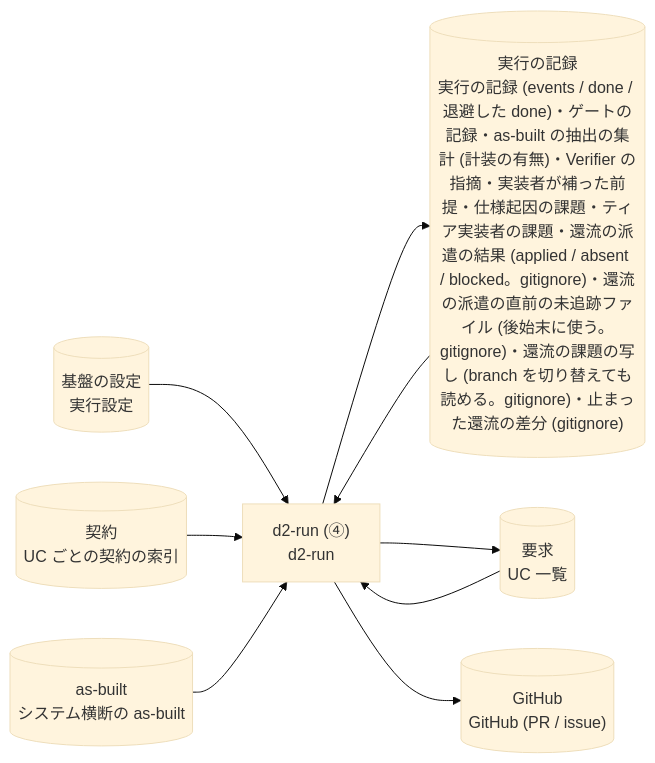
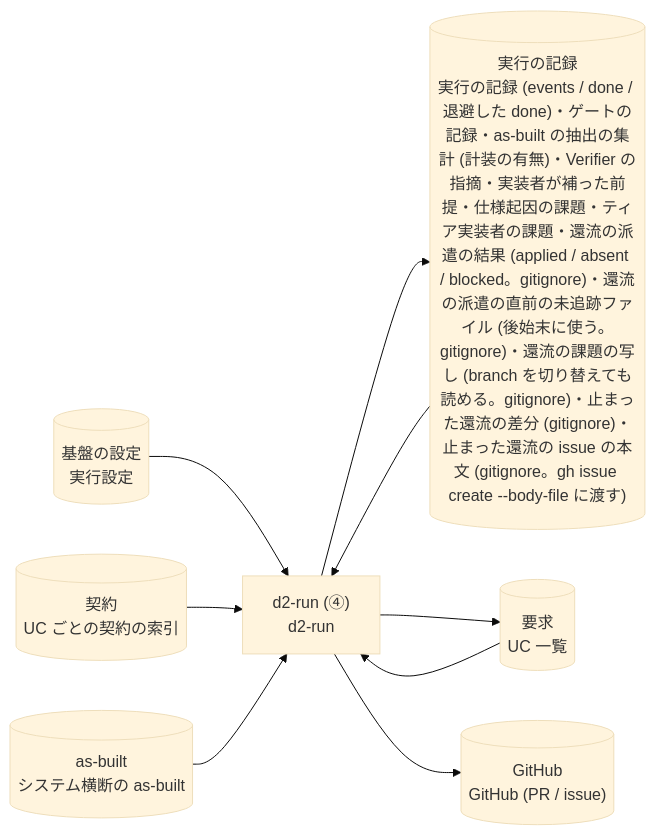
Diagram 28 of 43 in plugins/distillery2/skills/d2-common/references/dataflow.md (suwa-sh/suwa-sh-claude-plugins), drawn with Mermaid (base theme) before and after one commit. The commit also changed other lines of this file and 7 other files, not shown here.

````diff
--- a/plugins/distillery2/skills/d2-common/references/dataflow.md
+++ b/plugins/distillery2/skills/d2-common/references/dataflow.md
@@ -733,18 +733,18 @@
 ```mermaid
 flowchart LR
   p_run_uc["d2-run (④)<br/>d2-run"]
   g_settings[("基盤の設定<br/>実行設定")]
   g_requirements[("要求<br/>UC 一覧")]
-  g_run[("実行の記録<br/>実行の記録 (events / done / 退避した done)・ゲートの記録・as-built の抽出の集計 (計装の有無)・Verifier の指摘・実装者が補った前提・仕様起因の課題・ティア実装者の課題・還流の派遣の結果 (applied / absent / blocked。gitignore)・還流の派遣の直前の未追跡ファイル (後始末に使う。gitignore)・還流の課題の写し (branch を切り替えても読める。gitignore)・止まった還流の差分 (gitignore)")]
+  g_run[("実行の記録<br/>実行の記録 (events / done / 退避した done)・ゲートの記録・as-built の抽出の集計 (計装の有無)・Verifier の指摘・実装者が補った前提・仕様起因の課題・ティア実装者の課題・還流の派遣の結果 (applied / absent / blocked。gitignore)・還流の派遣の直前の未追跡ファイル (後始末に使う。gitignore)・還流の課題の写し (branch を切り替えても読める。gitignore)・止まった還流の差分 (gitignore)・止まった還流の issue の本文 (gitignore。gh issue create --body-file に渡す)")]
   g_contracts[("契約<br/>UC ごとの契約の索引")]
   g_asbuilt[("as-built<br/>システム横断の as-built")]
   g_github[("GitHub<br/>GitHub (PR / issue)")]
   g_settings --> p_run_uc
   g_requirements --> p_run_uc
   g_run --> p_run_uc
   g_contracts --> p_run_uc
   g_asbuilt --> p_run_uc
   p_run_uc --> g_run
   p_run_uc --> g_requirements
   p_run_uc --> g_github
 ```
````
